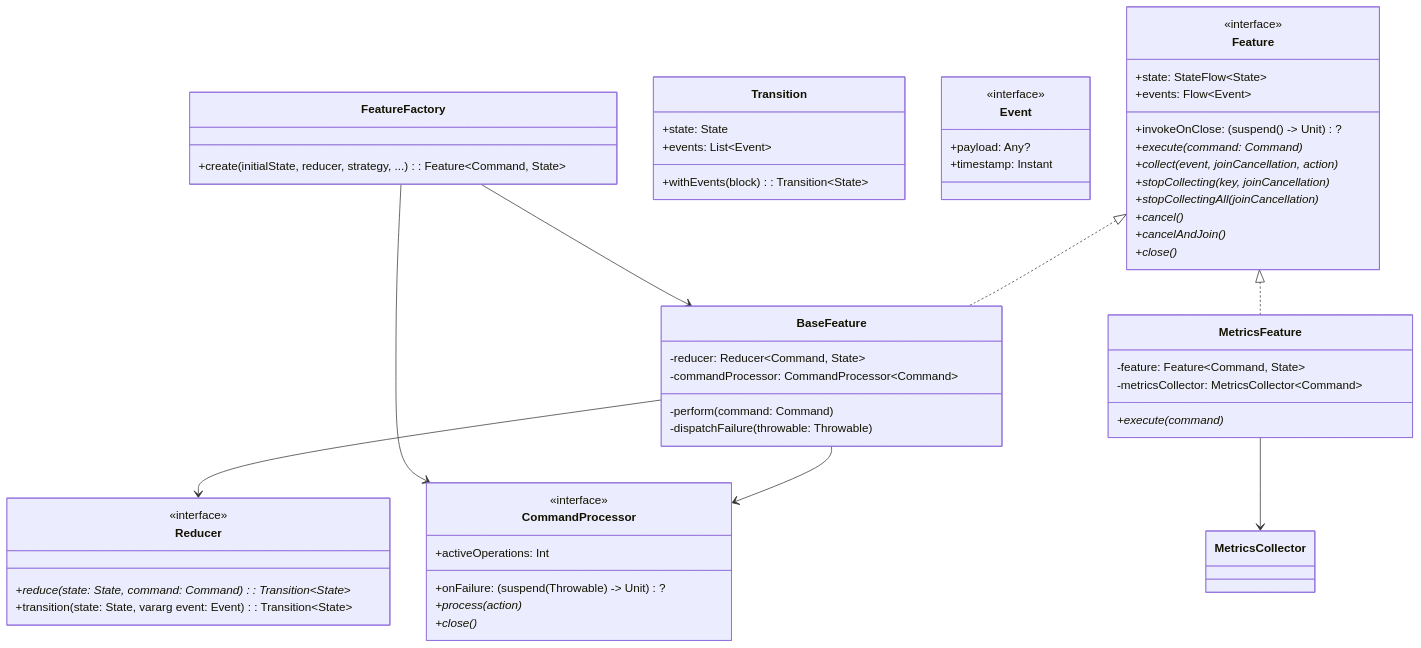
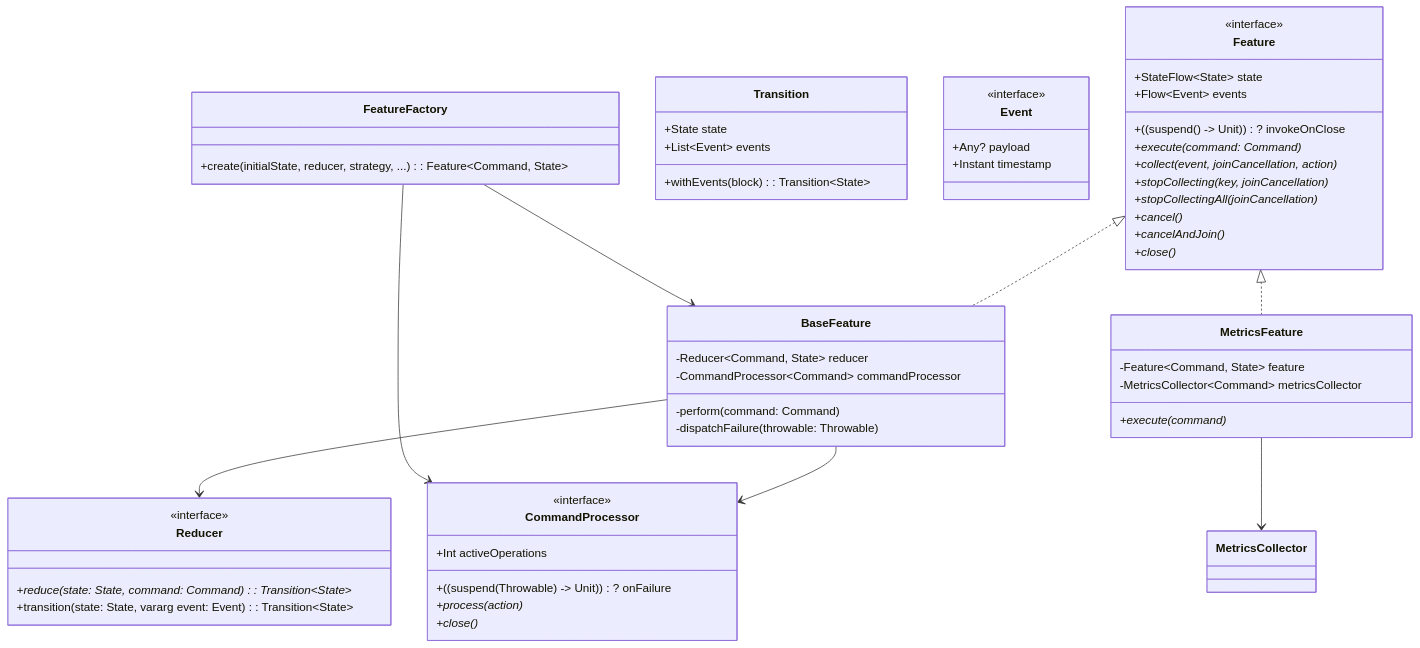
One commit to numq/reduce-and-conquer changed the first of 3 diagrams in README.md. Above: the diagram before and after it, drawn with Mermaid. The commit also changed other lines of this file, not shown here.

````diff
--- a/README.md
+++ b/README.md
@@ -79,67 +79,67 @@
 ```mermaid
 classDiagram
     class Feature {
         <<interface>>
-        +state: StateFlow~State~
-        +events: Flow~Event~
-        +invokeOnClose: (suspend () -> Unit)?
+        +StateFlow~State~ state
+        +Flow~Event~ events
+        +((suspend () -> Unit))? invokeOnClose
         +execute(command: Command)*
         +collect(event, joinCancellation, action)*
         +stopCollecting(key, joinCancellation)*
         +stopCollectingAll(joinCancellation)*
         +cancel()*
         +cancelAndJoin()*
         +close()*
     }
     
     class BaseFeature {
-        -reducer: Reducer~Command, State~
-        -commandProcessor: CommandProcessor~Command~
+        -Reducer~Command, State~ reducer
+        -CommandProcessor~Command~ commandProcessor
         -perform(command: Command)
         -dispatchFailure(throwable: Throwable)
     }
     
     class Reducer {
         <<interface>>
         +reduce(state: State, command: Command): Transition~State~*
         +transition(state: State, vararg event: Event): Transition~State~
     }
     
     class Transition {
-        +state: State
-        +events: List~Event~
+        +State state
+        +List~Event~ events
         +withEvents(block): Transition~State~
     }
     
     class CommandProcessor {
         <<interface>>
-        +activeOperations: Int
-        +onFailure: (suspend (Throwable) -> Unit)?
+        +Int activeOperations
+        +((suspend (Throwable) -> Unit))? onFailure
         +process(action)*
         +close()*
     }
     
     class Event {
         <<interface>>
-        +payload: Any?
-        +timestamp: Instant
+        +Any? payload
+        +Instant timestamp
     }
     
     class MetricsFeature {
-        -feature: Feature~Command, State~
-        -metricsCollector: MetricsCollector~Command~
+        -Feature~Command, State~ feature
+        -MetricsCollector~Command~ metricsCollector
         +execute(command)*
     }
 
     class FeatureFactory {
         +create(initialState, reducer, strategy, ...): Feature~Command, State~
     }
 
     Feature <|.. BaseFeature
     BaseFeature --> Reducer
     BaseFeature --> CommandProcessor
     Feature <|.. MetricsFeature
     MetricsFeature --> MetricsCollector
     FeatureFactory --> BaseFeature
     FeatureFactory --> CommandProcessor
 ```
````
